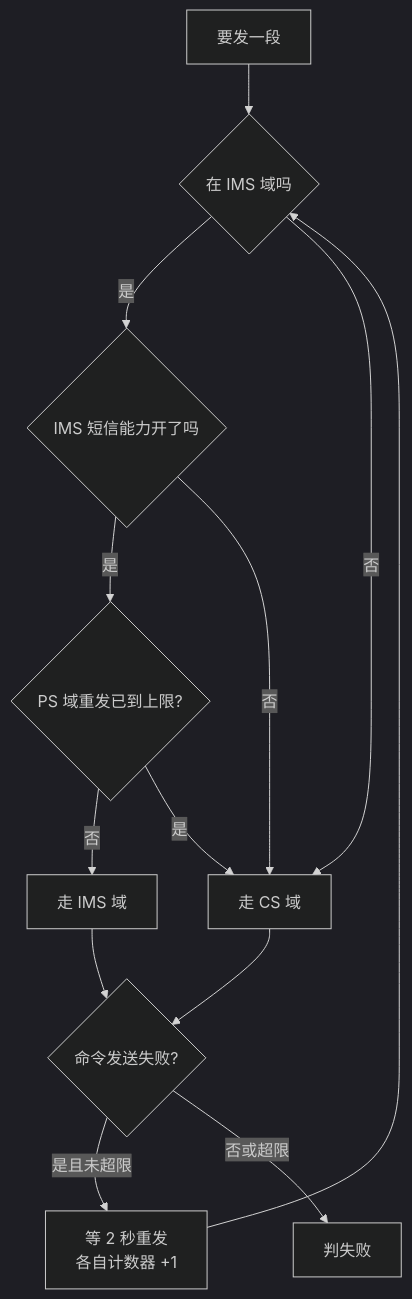
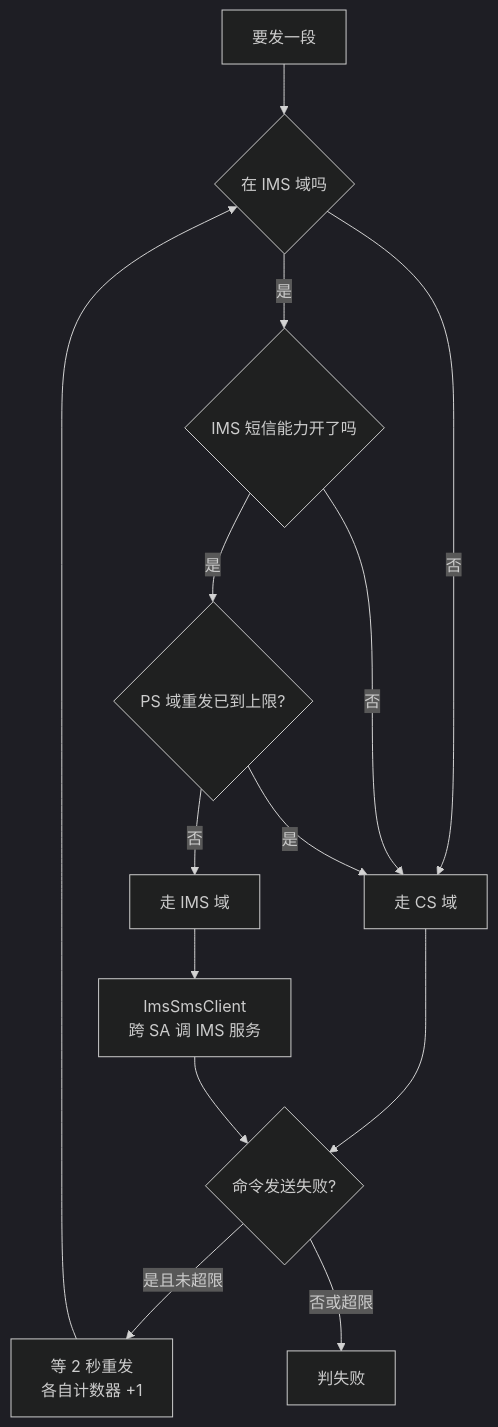
The eighth of 11 diagrams in report_work/G12_sms_mms/汇报脚本.md (hjl12345/OpneHarmonyTeamWork), drawn with Mermaid (dark theme) before and after one commit. The commit also changed other lines of this file and 15 other files, not shown here.

````diff
--- a/report_work/G12_sms_mms/汇报脚本.md
+++ b/report_work/G12_sms_mms/汇报脚本.md
@@ -464,15 +526,16 @@
 ```mermaid
 flowchart TB
     S["要发一段"] --> Q1{"在 IMS 域吗"}
     Q1 -->|"是"| Q2{"IMS 短信能力开了吗"}
     Q1 -->|"否"| CS["走 CS 域"]
     Q2 -->|"是"| Q3{"PS 域重发已到上限?"}
     Q2 -->|"否"| CS
     Q3 -->|"否"| IMS["走 IMS 域"]
     Q3 -->|"是"| CS
-    IMS --> R{"命令发送失败?"}
-    CS --> R
+    IMS --> IMSA["ImsSmsClient<br/>跨 SA 调 IMS 服务"]
+    CS --> R{"命令发送失败?"}
+    IMSA --> R
     R -->|"是且未超限"| W["等 2 秒重发<br/>各自计数器 +1"]
     R -->|"否或超限"| F["判失败"]
     W --> Q1
 ```
````
